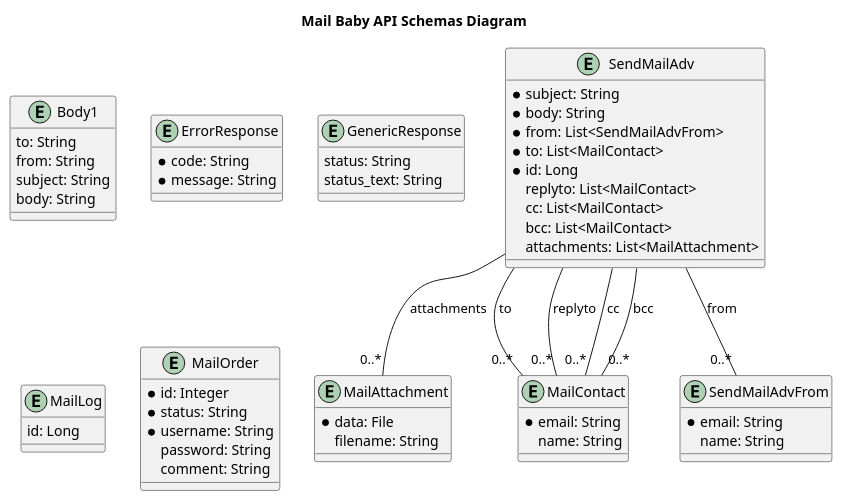
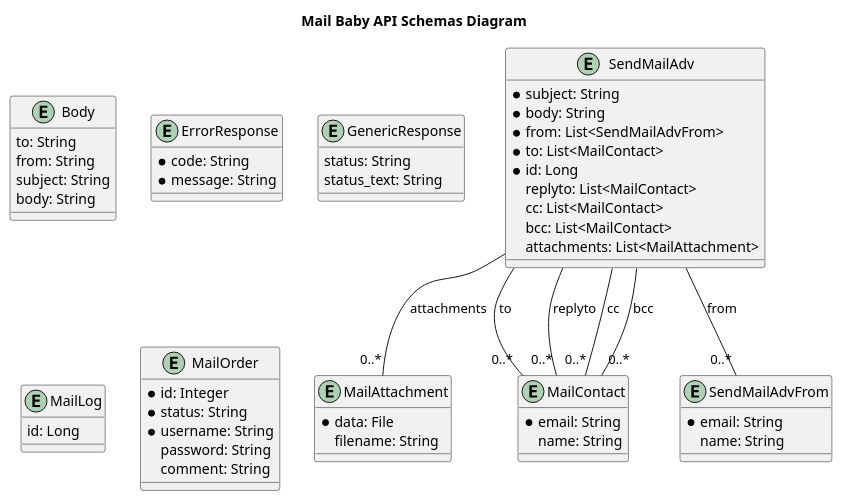
One commit to interserver/mailbaby-api-samples changed the diagram in openapi-documentation/plantuml/schemas.plantuml. Above: the diagram before and after it, drawn with PlantUML. The commit also changed 747 other files, not shown here.

```diff
--- a/openapi-documentation/plantuml/schemas.plantuml
+++ b/openapi-documentation/plantuml/schemas.plantuml
@@ -1,69 +1,69 @@
 @startuml
 
 title Mail Baby API Schemas Diagram
 
-entity Body1 { 
+entity Body { 
     to: String
     from: String
     subject: String
     body: String
 }
 
 entity ErrorResponse { 
     * code: String
     * message: String
 }
 
 entity GenericResponse { 
     status: String
     status_text: String
 }
 
 entity MailAttachment { 
     * data: File
     filename: String
 }
 
 entity MailContact { 
     * email: String
     name: String
 }
 
 entity MailLog { 
     id: Long
 }
 
 entity MailOrder { 
     * id: Integer
     * status: String
     * username: String
     password: String
     comment: String
 }
 
 entity SendMailAdv { 
     * subject: String
     * body: String
     * from: List<SendMailAdvFrom>
     * to: List<MailContact>
     * id: Long
     replyto: List<MailContact>
     cc: List<MailContact>
     bcc: List<MailContact>
     attachments: List<MailAttachment>
 }
 
 entity SendMailAdvFrom { 
     * email: String
     name: String
 }
 
 
 SendMailAdv -- "0..*" SendMailAdvFrom : from
 SendMailAdv -- "0..*" MailContact : to
 SendMailAdv -- "0..*" MailContact : replyto
 SendMailAdv -- "0..*" MailContact : cc
 SendMailAdv -- "0..*" MailContact : bcc
 SendMailAdv -- "0..*" MailAttachment : attachments
 
 @enduml
```
